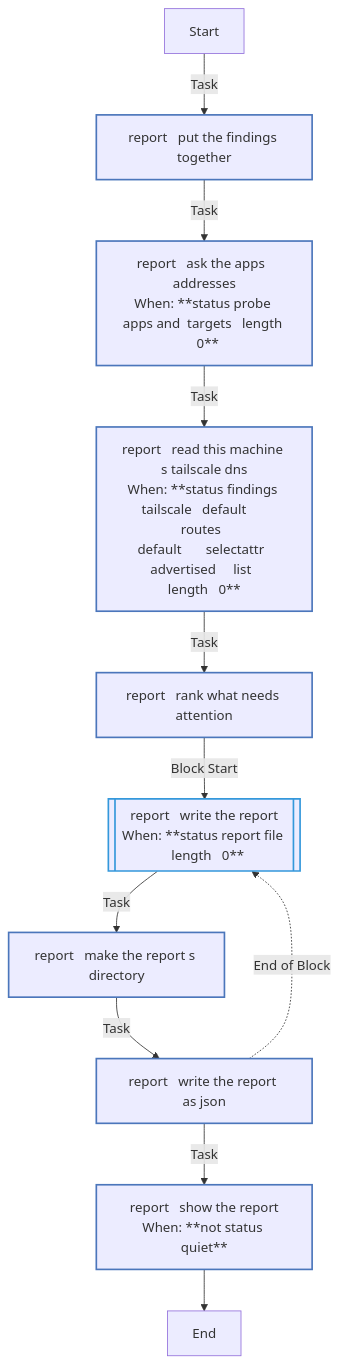
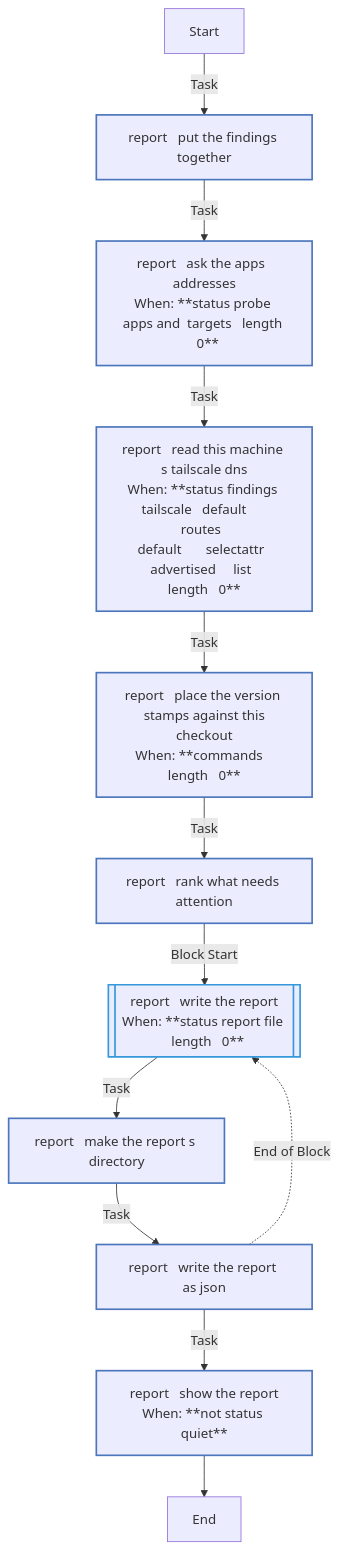
One commit to kawadeomkar/homeserver changed the fourth of 4 diagrams in roles/status/REFERENCE.md. Above: the diagram before and after it, drawn with Mermaid. The commit also changed other lines of this file and 12 other files, not shown here.

````diff
--- a/roles/status/REFERENCE.md
+++ b/roles/status/REFERENCE.md
@@ -715,23 +790,24 @@
 ```mermaid
 flowchart TD
 Start
 classDef block stroke:#3498db,stroke-width:2px;
 classDef task stroke:#4b76bb,stroke-width:2px;
 classDef includeTasks stroke:#16a085,stroke-width:2px;
 classDef importTasks stroke:#34495e,stroke-width:2px;
 classDef includeRole stroke:#2980b9,stroke-width:2px;
 classDef importRole stroke:#699ba7,stroke-width:2px;
 classDef includeVars stroke:#8e44ad,stroke-width:2px;
 classDef rescue stroke:#665352,stroke-width:2px;
 
   Start-->|Task| report___Put_the_findings_together0[report   put the findings together]:::task
   report___Put_the_findings_together0-->|Task| report___Ask_the_apps__addresses1[report   ask the apps  addresses<br>When: **status probe apps and  targets   length   0**]:::task
   report___Ask_the_apps__addresses1-->|Task| report___Read_this_machine_s_Tailscale_DNS2[report   read this machine s tailscale dns<br>When: **status findings tailscale   default      routes  <br>default       selectattr  advertised     list  <br>length   0**]:::task
-  report___Read_this_machine_s_Tailscale_DNS2-->|Task| report___Rank_what_needs_attention3[report   rank what needs attention]:::task
-  report___Rank_what_needs_attention3-->|Block Start| report___Write_the_report4_block_start_0[[report   write the report<br>When: **status report file   length   0**]]:::block
-  report___Write_the_report4_block_start_0-->|Task| report___Make_the_report_s_directory0[report   make the report s directory]:::task
+  report___Read_this_machine_s_Tailscale_DNS2-->|Task| report___Place_the_version_stamps_against_this_checkout3[report   place the version stamps against this<br>checkout<br>When: **commands   length   0**]:::task
+  report___Place_the_version_stamps_against_this_checkout3-->|Task| report___Rank_what_needs_attention4[report   rank what needs attention]:::task
+  report___Rank_what_needs_attention4-->|Block Start| report___Write_the_report5_block_start_0[[report   write the report<br>When: **status report file   length   0**]]:::block
+  report___Write_the_report5_block_start_0-->|Task| report___Make_the_report_s_directory0[report   make the report s directory]:::task
   report___Make_the_report_s_directory0-->|Task| report___Write_the_report_as_JSON1[report   write the report as json]:::task
-  report___Write_the_report_as_JSON1-.->|End of Block| report___Write_the_report4_block_start_0
-  report___Write_the_report_as_JSON1-->|Task| report___Show_the_report5[report   show the report<br>When: **not status quiet**]:::task
-  report___Show_the_report5-->End
+  report___Write_the_report_as_JSON1-.->|End of Block| report___Write_the_report5_block_start_0
+  report___Write_the_report_as_JSON1-->|Task| report___Show_the_report6[report   show the report<br>When: **not status quiet**]:::task
+  report___Show_the_report6-->End
 ```
````
